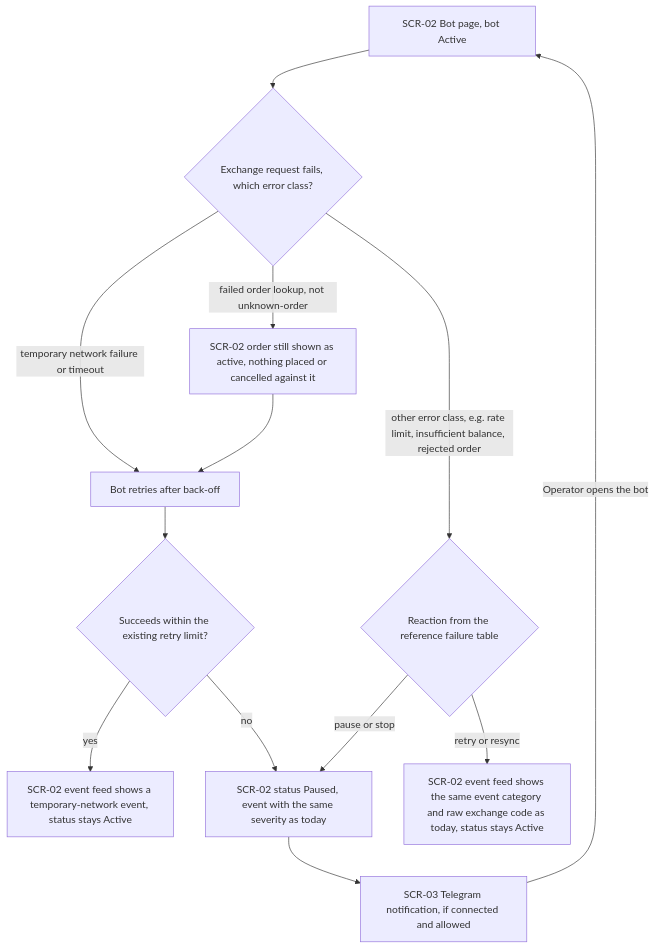
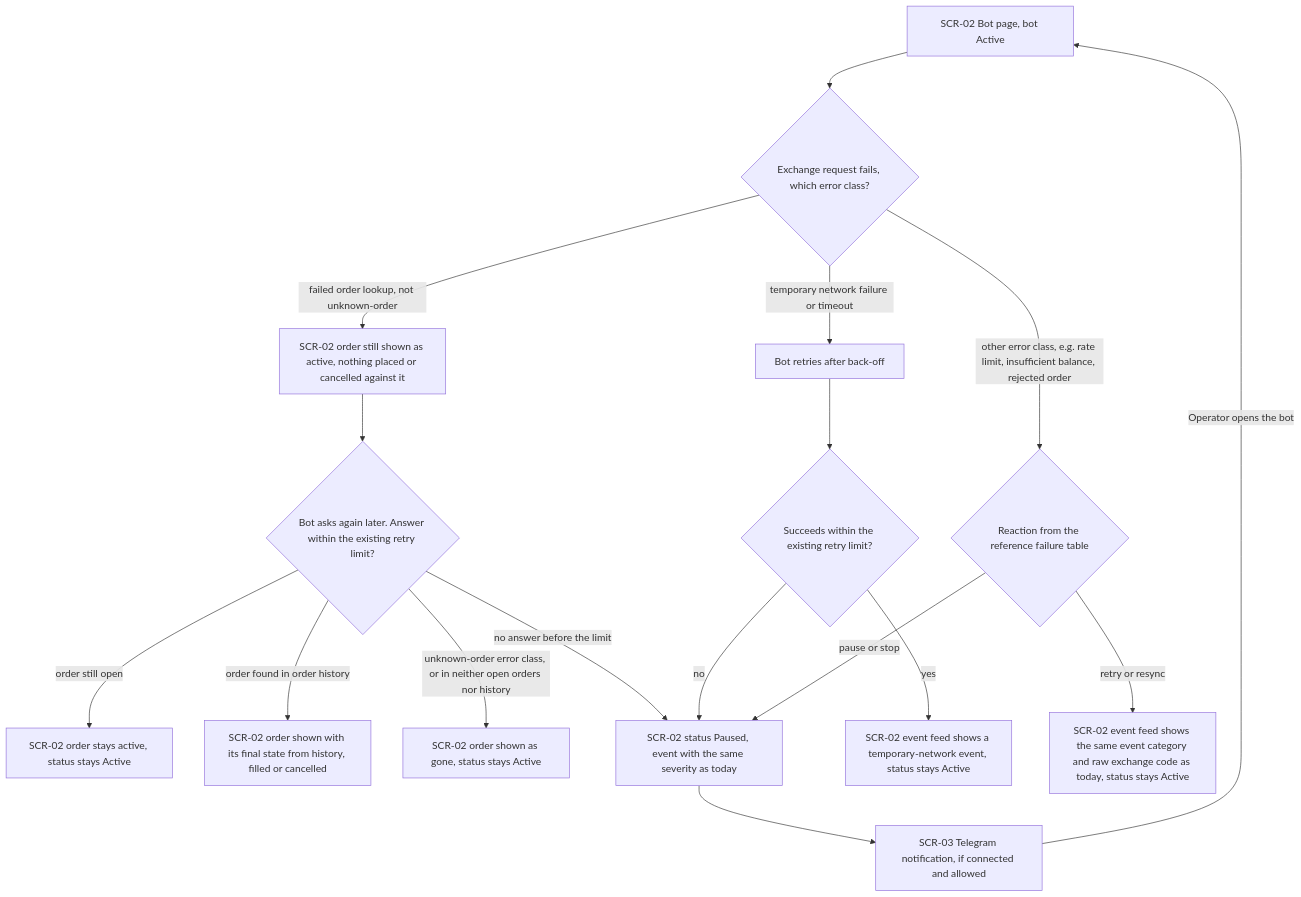
Before and after one commit to SoloOleh/AlgoTradeDynamics-experiments: the second of 5 diagrams in docs/features/exchange-adapter/ux-flows.md, drawn with Mermaid. The commit also changed other lines of this file and 32 other files, not shown here.

````diff
--- a/docs/features/exchange-adapter/ux-flows.md
+++ b/docs/features/exchange-adapter/ux-flows.md
@@ -48,15 +48,19 @@
 ```mermaid
 flowchart TD
     A["SCR-02 Bot page, bot Active"] --> B{"Exchange request fails, which error class?"}
     B -->|"temporary network failure or timeout"| C["Bot retries after back-off"]
     B -->|"failed order lookup, not unknown-order"| L["SCR-02 order still shown as active, nothing placed or cancelled against it"]
-    L --> C
+    L --> M{"Bot asks again later. Answer within the existing retry limit?"}
+    M -->|"order still open"| N["SCR-02 order stays active, status stays Active"]
+    M -->|"order found in order history"| O["SCR-02 order shown with its final state from history, filled or cancelled"]
+    M -->|"unknown-order error class, or in neither open orders nor history"| P["SCR-02 order shown as gone, status stays Active"]
+    M -->|"no answer before the limit"| F
     C --> D{"Succeeds within the existing retry limit?"}
     D -->|"yes"| E["SCR-02 event feed shows a temporary-network event, status stays Active"]
     D -->|"no"| F["SCR-02 status Paused, event with the same severity as today"]
     B -->|"other error class, e.g. rate limit, insufficient balance, rejected order"| H{"Reaction from the reference failure table"}
     H -->|"retry or resync"| I["SCR-02 event feed shows the same event category and raw exchange code as today, status stays Active"]
     H -->|"pause or stop"| F
     F --> G["SCR-03 Telegram notification, if connected and allowed"]
     G -->|"Operator opens the bot"| A
 ```
````
